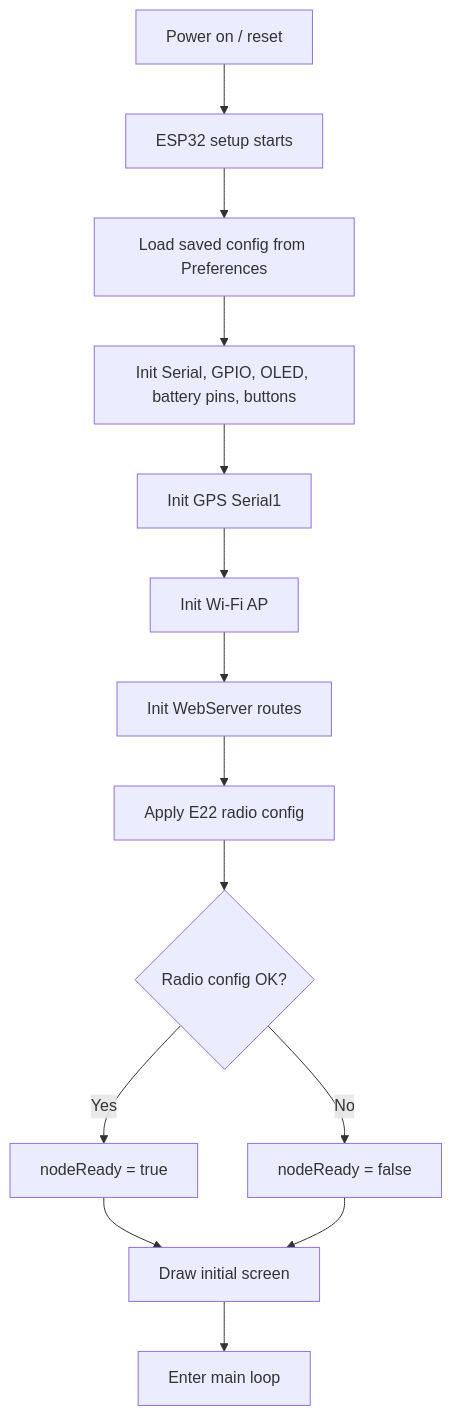
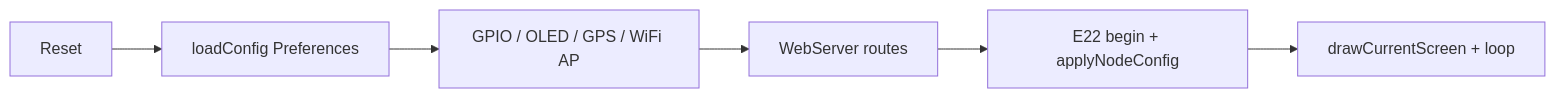
Before and after one commit to karona-srun/lora-chat-software: the first of 2 diagrams in README.md, drawn with Mermaid. The commit also changed other lines of this file and 1 other file, not shown here.

````diff
--- a/README.md
+++ b/README.md
@@ -40,16 +153,8 @@
 ```mermaid
-flowchart TD
-    A[Power on / reset] --> B[ESP32 setup starts]
-    B --> C[Load saved config from Preferences]
-    C --> D[Init Serial, GPIO, OLED, battery pins, buttons]
-    D --> E[Init GPS Serial1]
-    E --> F[Init Wi-Fi AP]
-    F --> G[Init WebServer routes]
-    G --> H[Apply E22 radio config]
-    H --> I{Radio config OK?}
-    I -->|Yes| J[nodeReady = true]
-    I -->|No| K[nodeReady = false]
-    J --> L[Draw initial screen]
-    K --> L
-    L --> M[Enter main loop]
+flowchart LR
+  A[Reset] --> B[loadConfig Preferences]
+  B --> C[GPIO / OLED / GPS / WiFi AP]
+  C --> D[WebServer routes]
+  D --> E[E22 begin + applyNodeConfig]
+  E --> F[drawCurrentScreen + loop]
 ```
````
